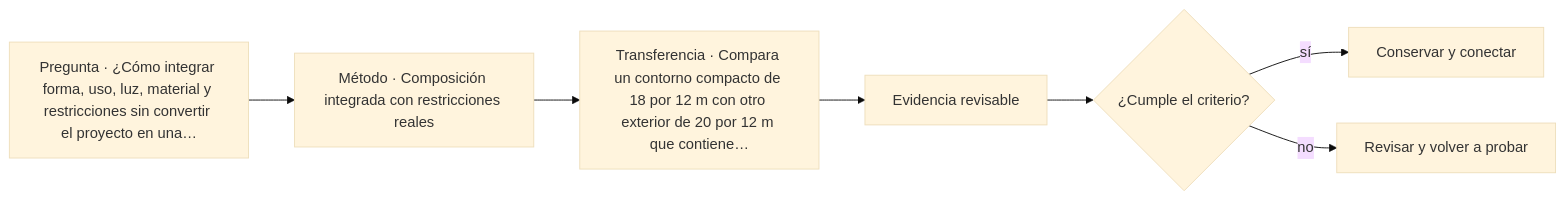
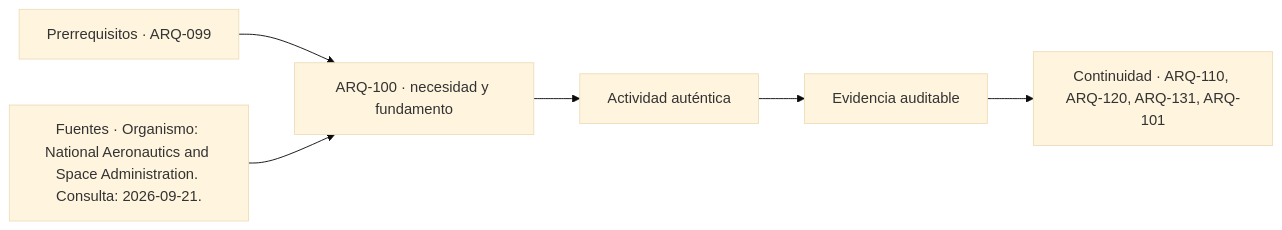
One commit to vladimiracunadev-create/architecture-built-environment-learning-program changed the diagram in classes/parte-10/ARQ-100.md. Above: the diagram before and after it, drawn with Mermaid (base theme). The commit also changed other lines of this file and 761 other files, not shown here.

````diff
--- a/classes/parte-10/ARQ-100.md
+++ b/classes/parte-10/ARQ-100.md
@@ -155,9 +167,8 @@
 ```mermaid
 flowchart LR
-    Q["Pregunta · ¿Cómo integrar forma, uso, luz, material y restricciones sin convertir el proyecto en una…"] --> M["Método · Composición integrada con restricciones reales"]
-    M --> P["Transferencia · Compara un contorno compacto de 18 por 12 m con otro exterior de 20 por 12 m que contiene…"]
-    P --> E["Evidencia revisable"]
-    E --> C{"¿Cumple el criterio?"}
-    C -->|sí| T["Conservar y conectar"]
-    C -->|no| R["Revisar y volver a probar"]
+    A["Prerrequisitos · ARQ-099"] --> B["ARQ-100 · necesidad y fundamento"]
+    S["Fuentes · Organismo: National Aeronautics and Space Administration. Consulta: 2026-09-21."] --> B
+    B --> C["Actividad auténtica"]
+    C --> D["Evidencia auditable"]
+    D --> E["Continuidad · ARQ-110, ARQ-120, ARQ-131, ARQ-101"]
 ```
````
